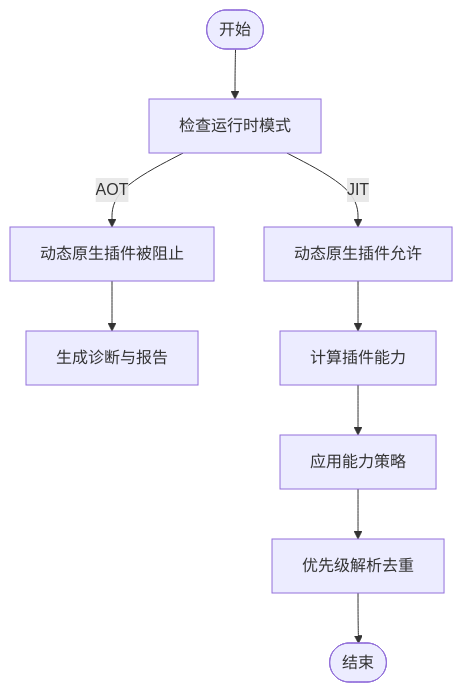
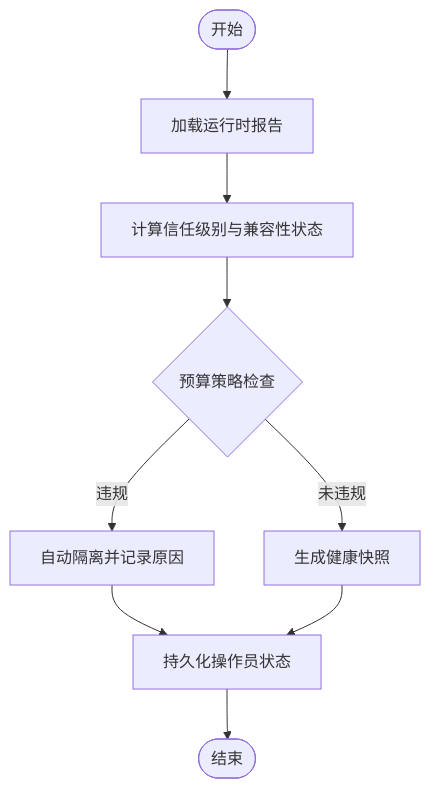
One commit to wayyet/kingcrab changed the sixth of 8 diagrams in .qoder/repowiki/zh/content/插件系统/插件系统.md. Above: the diagram before and after it, drawn with Mermaid. The commit also changed other lines of this file and 173 other files, not shown here.

````diff
--- a/.qoder/repowiki/zh/content/插件系统/插件系统.md
+++ b/.qoder/repowiki/zh/content/插件系统/插件系统.md
@@ -193,11 +260,11 @@
 ```mermaid
 flowchart TD
-START(["开始"]) --> CHECK_MODE["检查运行时模式"]
-CHECK_MODE --> |AOT| BLOCK_NATIVE["动态原生插件被阻止"]
-CHECK_MODE --> |JIT| ALLOW_NATIVE["动态原生插件允许"]
-BLOCK_NATIVE --> REPORT["生成诊断与报告"]
-ALLOW_NATIVE --> CAPS["计算插件能力"]
-CAPS --> POLICY["应用能力策略"]
-POLICY --> RESOLVE["优先级解析去重"]
-RESOLVE --> END(["结束"])
+Start(["开始"]) --> LoadReports["加载运行时报告"]
+LoadReports --> ComputeTrust["计算信任级别与兼容性状态"]
+ComputeTrust --> BudgetCheck{"预算策略检查"}
+BudgetCheck --> |违规| AutoQuarantine["自动隔离并记录原因"]
+BudgetCheck --> |未违规| Snapshot["生成健康快照"]
+AutoQuarantine --> Persist["持久化操作员状态"]
+Snapshot --> Persist
+Persist --> End(["结束"])
 ```
````
